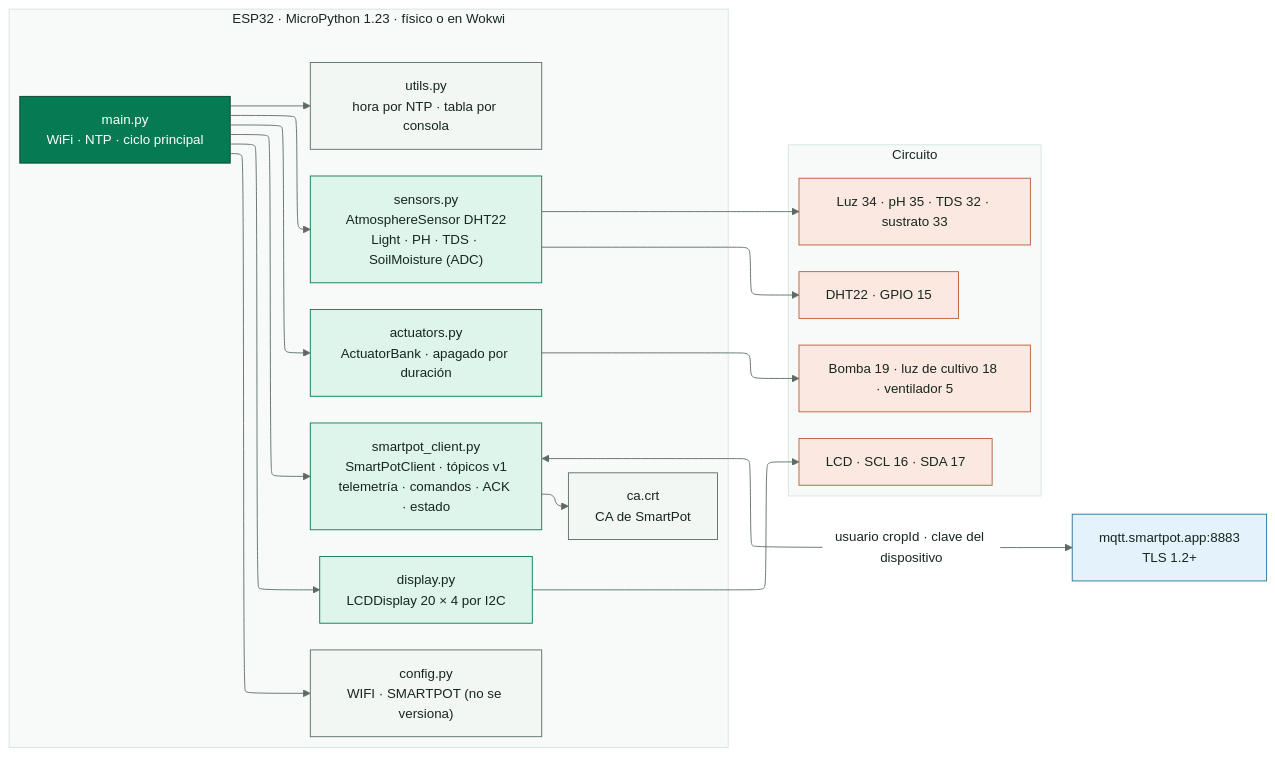
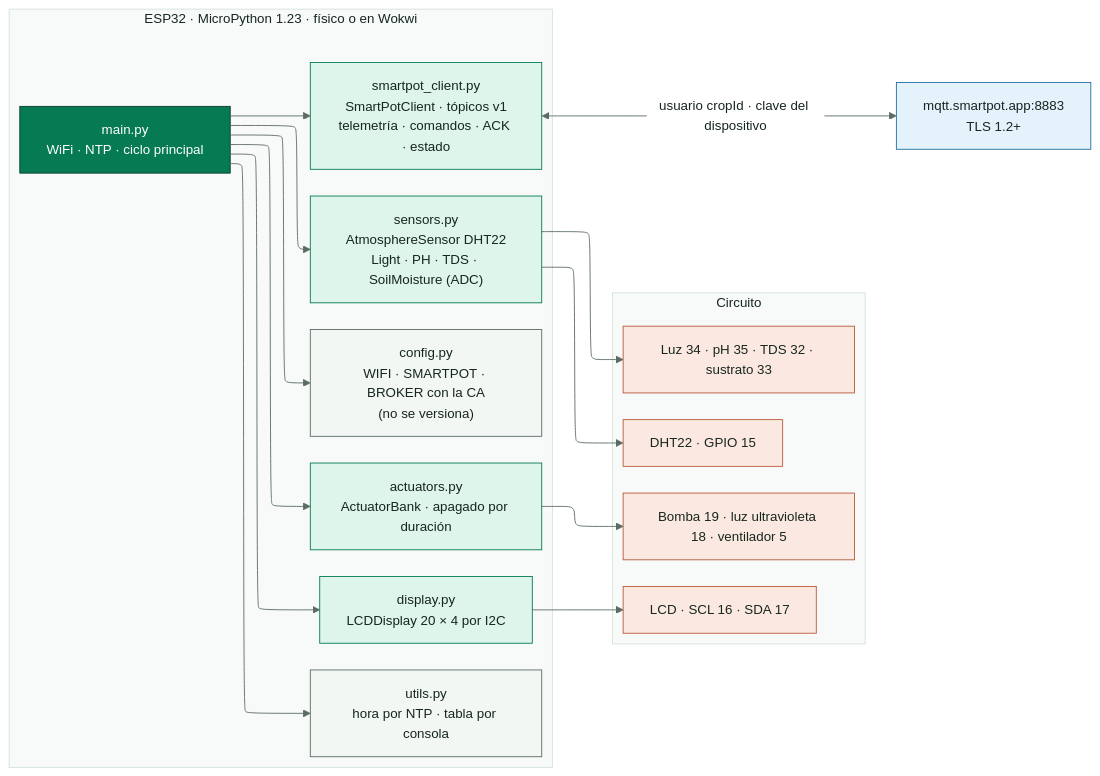
Before and after one commit to SmartPotTech/SmartPot-IoT: the first of 3 diagrams in docs/SmartPot_IoT_Documentation.md, drawn with Mermaid. The commit also changed other lines of this file, not shown here.

First line of the commit message:
Document the broker CA inside config.py

````diff
--- a/docs/SmartPot_IoT_Documentation.md
+++ b/docs/SmartPot_IoT_Documentation.md
@@ -37,41 +37,39 @@
 ```mermaid
 %%{init: {"theme": "base", "fontFamily": "Segoe UI, Arial, sans-serif", "themeVariables": {"fontFamily": "Segoe UI, Arial, sans-serif", "fontSize": "15px", "primaryColor": "#DDF5EA", "primaryTextColor": "#17261F", "primaryBorderColor": "#067A52", "secondaryColor": "#E3F2FB", "secondaryTextColor": "#17261F", "secondaryBorderColor": "#1F6FA0", "tertiaryColor": "#F2F7F4", "tertiaryTextColor": "#17261F", "tertiaryBorderColor": "#D5E3DC", "lineColor": "#5B6B63", "textColor": "#17261F", "mainBkg": "#DDF5EA", "nodeBorder": "#067A52", "clusterBkg": "#F7FAF8", "clusterBorder": "#D5E3DC", "edgeLabelBackground": "#FFFFFF", "actorBkg": "#067A52", "actorBorder": "#0B3D2B", "actorTextColor": "#FFFFFF", "actorLineColor": "#5B6B63", "signalColor": "#17261F", "signalTextColor": "#17261F", "labelBoxBkgColor": "#0B3D2B", "labelBoxBorderColor": "#0B3D2B", "labelTextColor": "#FFFFFF", "loopTextColor": "#0B3D2B", "noteBkgColor": "#FDF4DD", "noteBorderColor": "#C98D12", "noteTextColor": "#17261F", "activationBkgColor": "#DDF5EA", "activationBorderColor": "#067A52", "attributeBackgroundColorOdd": "#FFFFFF", "attributeBackgroundColorEven": "#F2F7F4"}, "layout": "elk", "elk": {"nodePlacementStrategy": "BRANDES_KOEPF", "mergeEdges": false, "cycleBreakingStrategy": "GREEDY"}}}%%
 flowchart LR
   subgraph esp["ESP32 · MicroPython 1.23 · físico o en Wokwi"]
     direction TB
     main["main.py<br/>WiFi · NTP · ciclo principal"]
-    config["config.py<br/>WIFI · SMARTPOT (no se versiona)"]
+    config["config.py<br/>WIFI · SMARTPOT · BROKER con la CA<br/>(no se versiona)"]
     client["smartpot_client.py<br/>SmartPotClient · tópicos v1<br/>telemetría · comandos · ACK · estado"]
     sensors["sensors.py<br/>AtmosphereSensor DHT22<br/>Light · PH · TDS · SoilMoisture (ADC)"]
     actuators["actuators.py<br/>ActuatorBank · apagado por duración"]
     display["display.py<br/>LCDDisplay 20 × 4 por I2C"]
     utils["utils.py<br/>hora por NTP · tabla por consola"]
-    ca["ca.crt<br/>CA de SmartPot"]
   end
   subgraph hw["Circuito"]
     direction TB
     dht["DHT22 · GPIO 15"]
     adc["Luz 34 · pH 35 · TDS 32 · sustrato 33"]
-    outs["Bomba 19 · luz de cultivo 18 · ventilador 5"]
+    outs["Bomba 19 · luz ultravioleta 18 · ventilador 5"]
     lcd["LCD · SCL 16 · SDA 17"]
   end
   broker["mqtt.smartpot.app:8883<br/>TLS 1.2+"]
   main --> config & client & sensors & actuators & display & utils
-  client --> ca
   sensors --> dht & adc
   actuators --> outs
   display --> lcd
   client <-->|"usuario cropId · clave del dispositivo"| broker
   classDef leaf fill:#DDF5EA,stroke:#067A52,color:#17261F
   classDef water fill:#E3F2FB,stroke:#1F6FA0,color:#17261F
   classDef sun fill:#FDF4DD,stroke:#C98D12,color:#17261F
   classDef clay fill:#FBE9E1,stroke:#B85A38,color:#17261F
   classDef core fill:#067A52,stroke:#0B3D2B,color:#FFFFFF
   classDef deep fill:#0B3D2B,stroke:#06281C,color:#FFFFFF
   classDef muted fill:#F2F7F4,stroke:#5B6B63,color:#17261F
   class main core
-  class config,ca,utils muted
+  class config,utils muted
   class client,sensors,actuators,display leaf
   class dht,adc,outs,lcd clay
   class broker water
 ```
````
